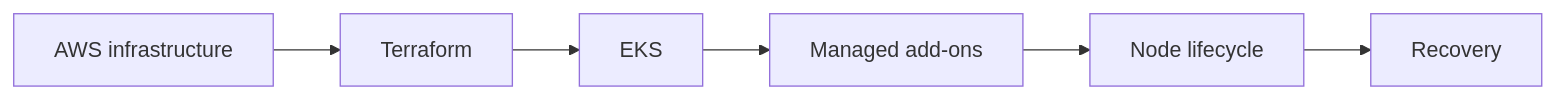
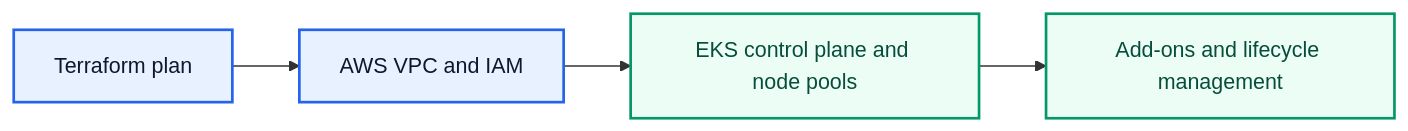
The diagram in book/02-infrastructure/diagram.mmd (platform-engineering-labz/platform-engineering), drawn with Mermaid before and after one commit. The commit also changed 3 other files, not shown here.

Commit message:
docs: refresh encyclopedia and foundation diagram sources

```diff
--- a/book/02-infrastructure/diagram.mmd
+++ b/book/02-infrastructure/diagram.mmd
@@ -1,12 +1,12 @@
 flowchart LR
-  ROOT["AWS infrastructure"]
-  N0["Terraform"]
-  ROOT --> N0
-  N1["EKS"]
+  N0["Terraform plan"]
+  N1["AWS VPC and IAM"]
   N0 --> N1
-  N2["Managed add-ons"]
+  N2["EKS control plane and node pools"]
   N1 --> N2
-  N3["Node lifecycle"]
+  N3["Add-ons and lifecycle management"]
   N2 --> N3
-  N4["Recovery"]
-  N3 --> N4
+  classDef core fill:#E8F1FF,stroke:#2563EB,stroke-width:2px,color:#0F172A
+  classDef stage fill:#ECFDF5,stroke:#059669,stroke-width:2px,color:#064E3B
+  class N0,N1 core
+  class N2,N3 stage
```
